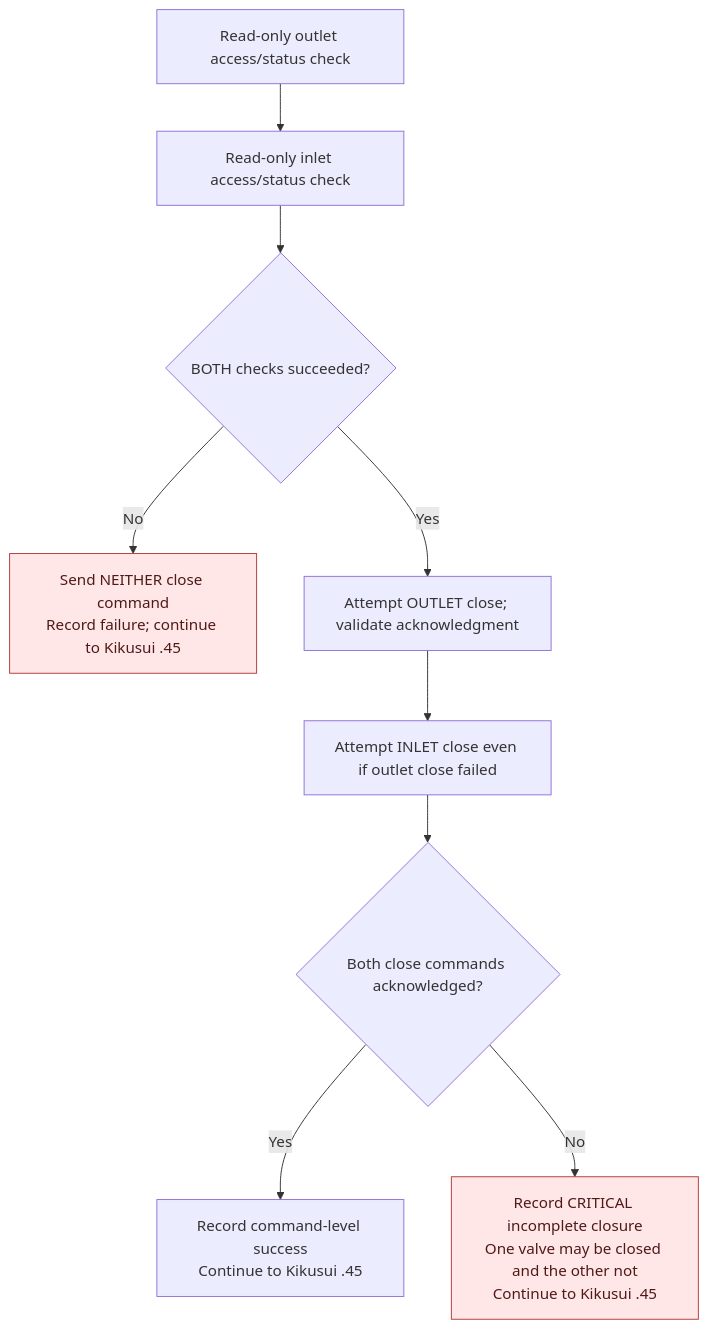
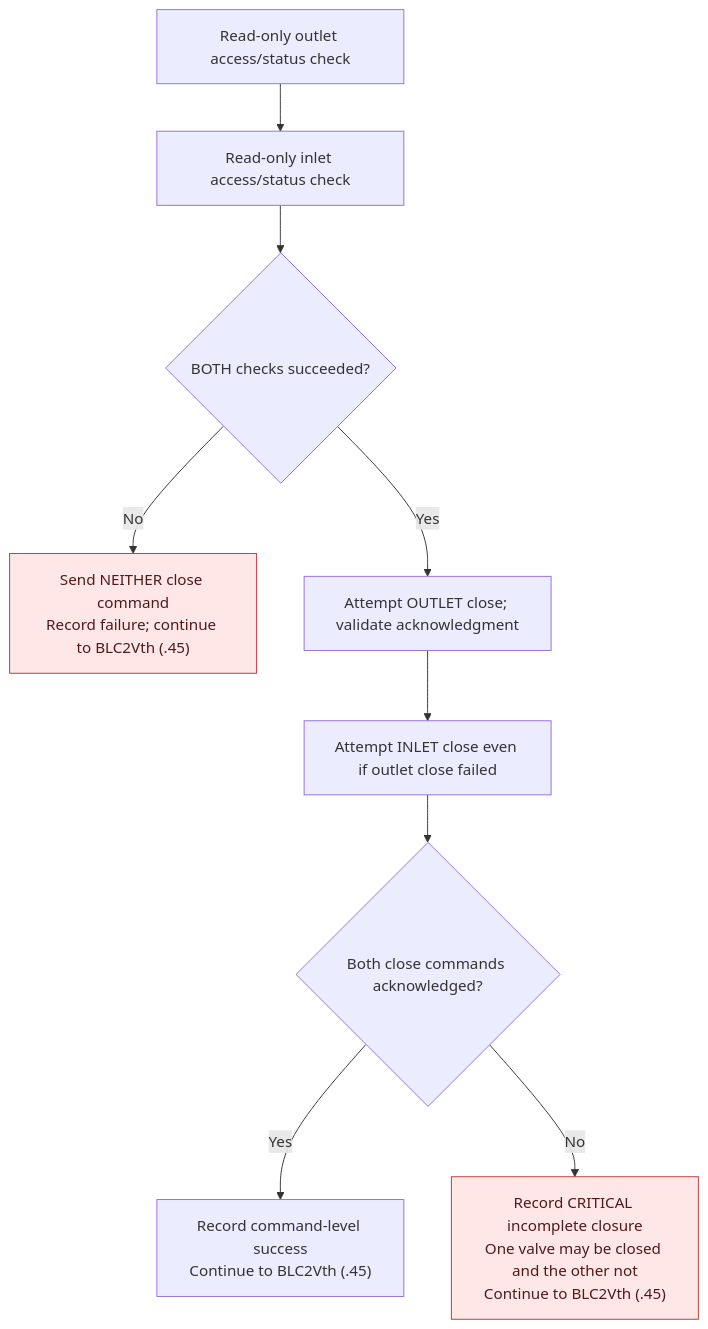
One commit to hyptpc/lh2_leak_monitor changed the fifth of 5 diagrams in operation-guide/README.md. Above: the diagram before and after it, drawn with Mermaid. The commit also changed other lines of this file and 12 other files, not shown here.

```diff
--- a/operation-guide/README.md
+++ b/operation-guide/README.md
@@ -228,13 +241,13 @@
 ~~~mermaid
 flowchart TD
     O["Read-only outlet access/status check"] --> I["Read-only inlet access/status check"]
     I --> BOTH{"BOTH checks succeeded?"}
-    BOTH -->|No| NONE["Send NEITHER close command<br/>Record failure; continue to Kikusui .45"]
+    BOTH -->|No| NONE["Send NEITHER close command<br/>Record failure; continue to BLC2Vth (.45)"]
     BOTH -->|Yes| CLOSEO["Attempt OUTLET close; validate acknowledgment"]
     CLOSEO --> CLOSEI["Attempt INLET close even if outlet close failed"]
     CLOSEI --> GOOD{"Both close commands acknowledged?"}
-    GOOD -->|Yes| DONE["Record command-level success<br/>Continue to Kikusui .45"]
-    GOOD -->|No| PART["Record CRITICAL incomplete closure<br/>One valve may be closed and the other not<br/>Continue to Kikusui .45"]
+    GOOD -->|Yes| DONE["Record command-level success<br/>Continue to BLC2Vth (.45)"]
+    GOOD -->|No| PART["Record CRITICAL incomplete closure<br/>One valve may be closed and the other not<br/>Continue to BLC2Vth (.45)"]
     classDef error fill:#ffe7e7,stroke:#b33a3a,color:#501919;
     class NONE,PART error;
 ~~~
```
